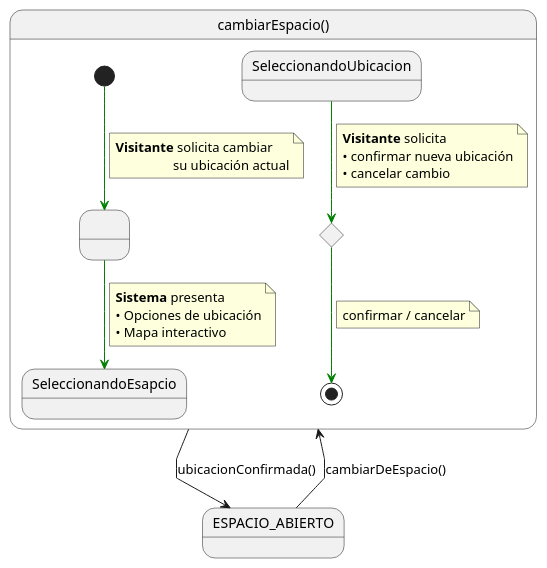
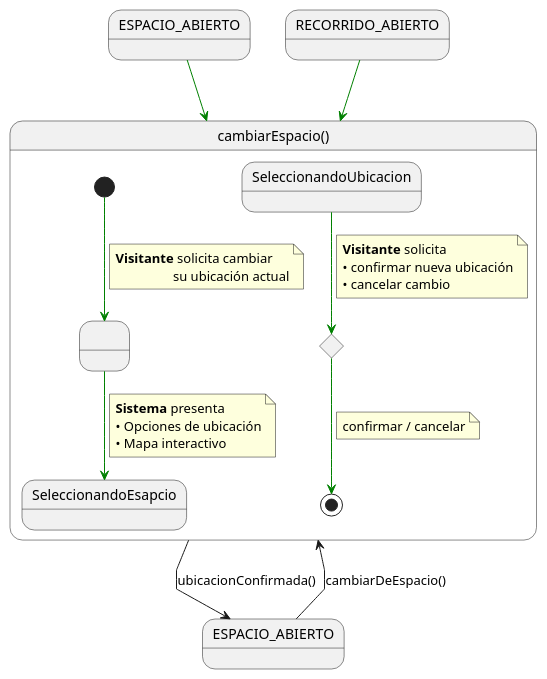
One commit to Camila-Lesly/25-26-idsw1-sdr changed the diagram in documentos/01-casoDeUso/3-DetallarCasosDeUso/1-Visitante/cambiarDeEspacio/cambiarDeEspacio.puml. Above: the diagram before and after it, drawn with PlantUML. The commit also changed 22 other files, not shown here.

```diff
--- a/documentos/01-casoDeUso/3-DetallarCasosDeUso/1-Visitante/cambiarDeEspacio/cambiarDeEspacio.puml
+++ b/documentos/01-casoDeUso/3-DetallarCasosDeUso/1-Visitante/cambiarDeEspacio/cambiarDeEspacio.puml
@@ -1,38 +1,43 @@
 @startuml
 skinparam linetype polyline
+
+state in1 as "ESPACIO_ABIERTO"
+in1 -[#green]-> cambiarEspacio
+state in2 as "RECORRIDO_ABIERTO"
+in2 -[#green]-> cambiarEspacio
 
 state cambiarEspacio as "cambiarEspacio()" {
     state " " as SolicitandoCambio
     state SeleccionandoUbicacion
     state c <<choice>>
 
     [*] -[#green]-> SolicitandoCambio 
     note on link
     <b>Visitante</b> solicita cambiar 
                      su ubicación actual
     end note    
     
     SolicitandoCambio -[#green]-> SeleccionandoEsapcio
     note on link
     <b>Sistema</b> presenta
     • Opciones de ubicación
     • Mapa interactivo
     end note
     
     SeleccionandoUbicacion -[#green]-> c 
     note on link
     <b>Visitante</b> solicita
     • confirmar nueva ubicación
     • cancelar cambio
     end note
     
         c -[#green]-> [*]
     note on link
     confirmar / cancelar
     end note
 }
 
 ' ← CONTEXTUALIZADO correctamente:
 ESPACIO_ABIERTO --> cambiarEspacio : cambiarDeEspacio()
 cambiarEspacio --> ESPACIO_ABIERTO : ubicacionConfirmada()
 @enduml
```
